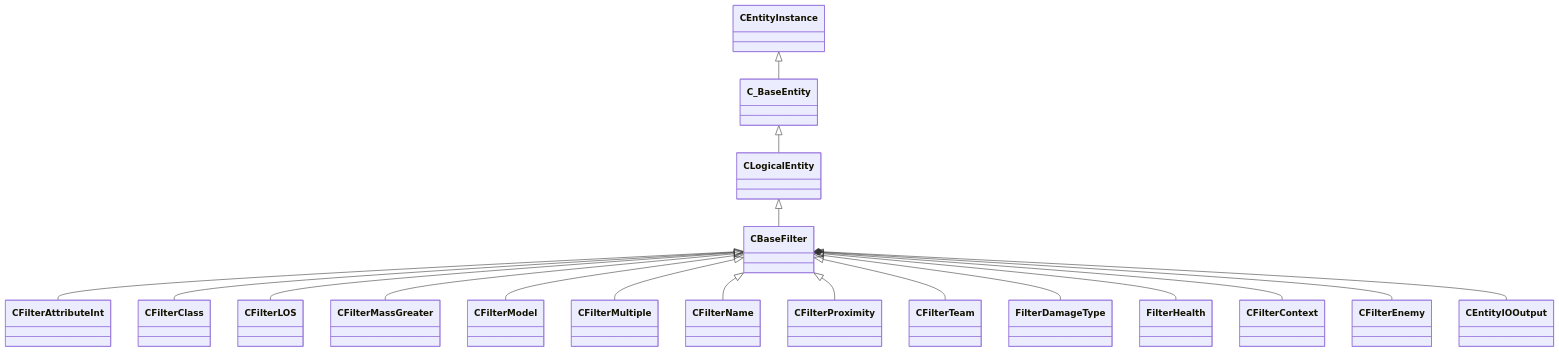
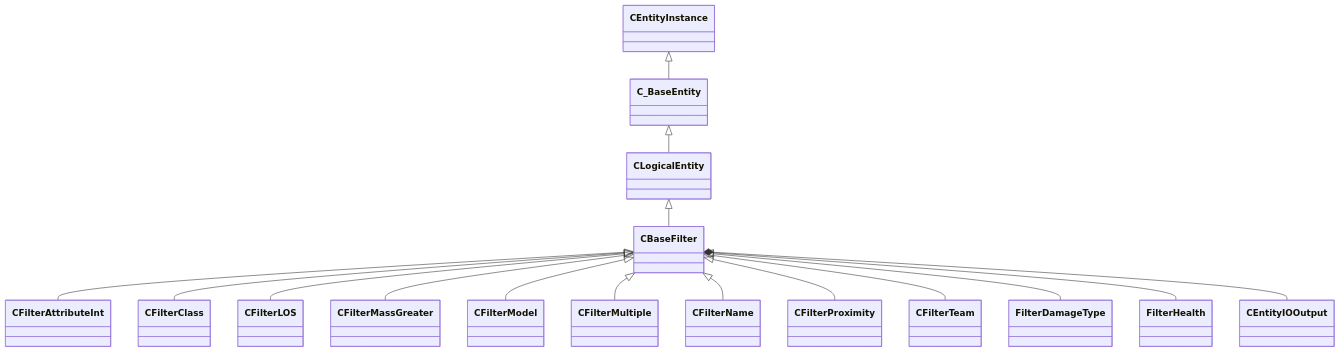
Before and after one commit to CS2OpenDev/CS2OpenDev-Docs: the diagram in docs/generated/schemas/client/CBaseFilter.md, drawn with Mermaid. The commit also changed other lines of this file and 4525 other files, not shown here.

````diff
--- a/docs/generated/schemas/client/CBaseFilter.md
+++ b/docs/generated/schemas/client/CBaseFilter.md
@@ -19,20 +23,18 @@
 ```mermaid
 classDiagram
     CLogicalEntity <|-- CBaseFilter
     C_BaseEntity <|-- CLogicalEntity
     CEntityInstance <|-- C_BaseEntity
     CBaseFilter <|-- CFilterAttributeInt
     CBaseFilter <|-- CFilterClass
     CBaseFilter <|-- CFilterLOS
     CBaseFilter <|-- CFilterMassGreater
     CBaseFilter <|-- CFilterModel
     CBaseFilter <|-- CFilterMultiple
     CBaseFilter <|-- CFilterName
     CBaseFilter <|-- CFilterProximity
     CBaseFilter <|-- CFilterTeam
     CBaseFilter <|-- FilterDamageType
     CBaseFilter <|-- FilterHealth
-    CBaseFilter <|-- CFilterContext
-    CBaseFilter <|-- CFilterEnemy
     CBaseFilter *-- CEntityIOOutput
 ```
````
